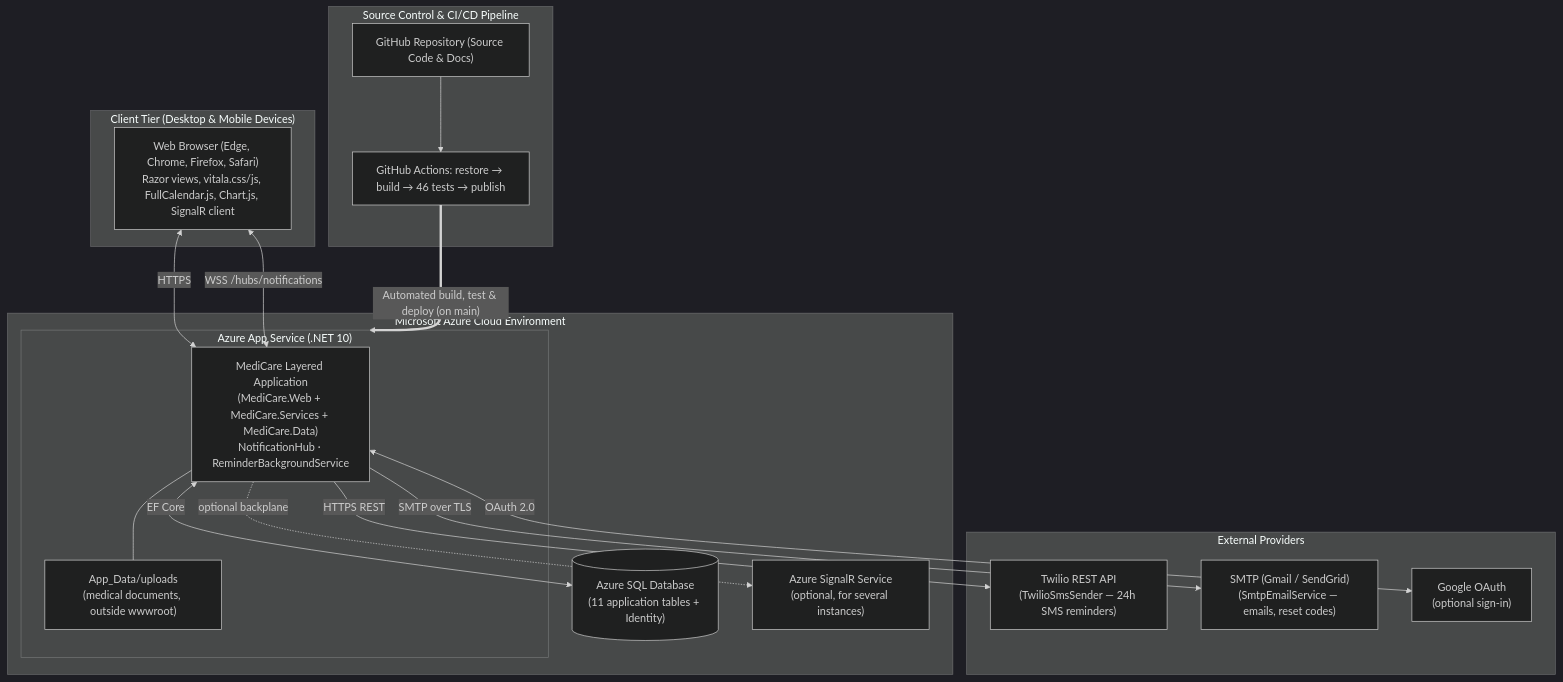
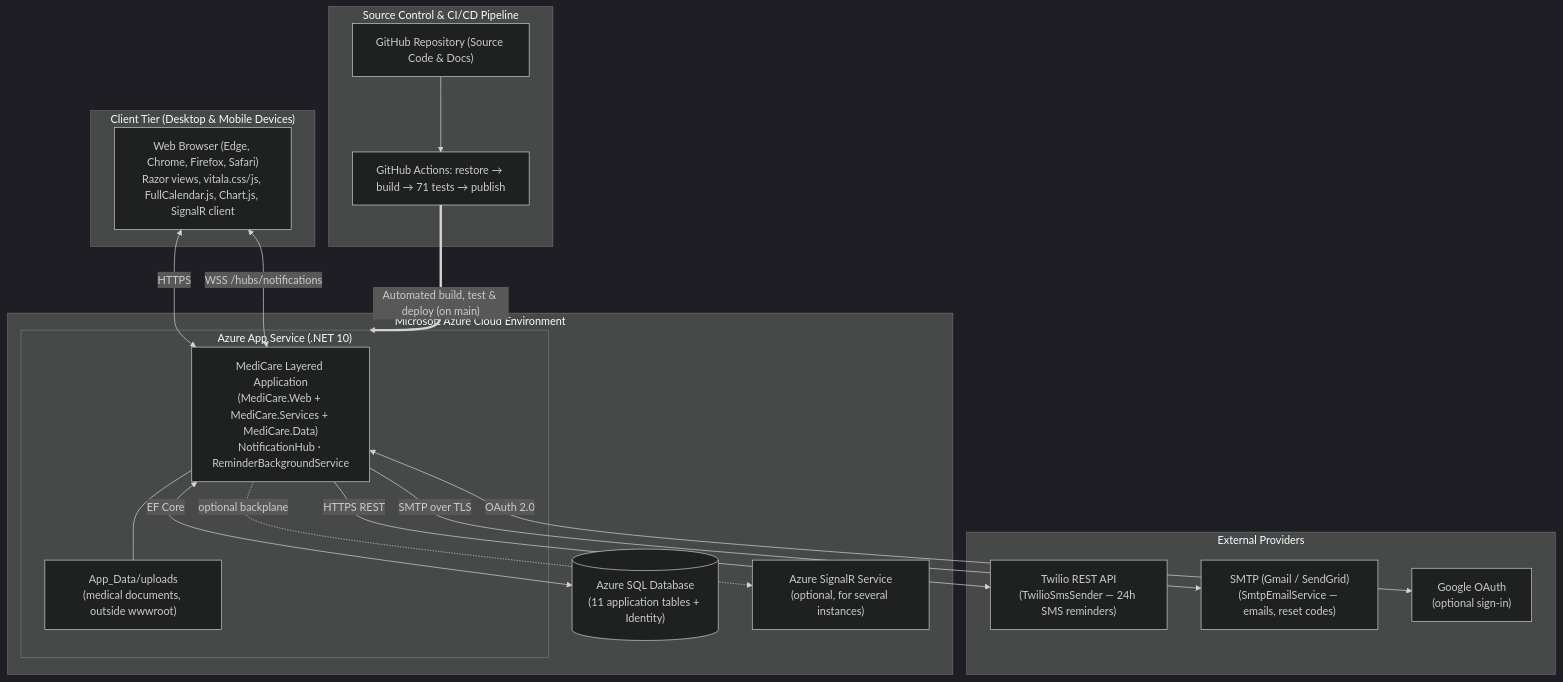
One commit to 3mrNasser/Medi-Care-Clinic-Management-Project-R5 changed the first of 2 diagrams in mdFiles/4.5 System Deployment and Integration.md. Above: the diagram before and after it, drawn with Mermaid (dark theme). The commit also changed other lines of this file and 60 other files, not shown here.

````diff
--- a/mdFiles/4.5 System Deployment and Integration.md
+++ b/mdFiles/4.5 System Deployment and Integration.md
@@ -33,37 +33,37 @@
 ```mermaid
 flowchart TB
     subgraph Client_Device ["Client Tier (Desktop & Mobile Devices)"]
         Browser["Web Browser (Edge, Chrome, Firefox, Safari)<br/>Razor views, vitala.css/js, FullCalendar.js, Chart.js, SignalR client"]
     end
 
     subgraph CI_CD ["Source Control & CI/CD Pipeline"]
         GitHub["GitHub Repository (Source Code & Docs)"]
-        Pipeline["GitHub Actions: restore → build → 46 tests → publish"]
+        Pipeline["GitHub Actions: restore → build → 71 tests → publish"]
         GitHub --> Pipeline
     end
 
     subgraph Azure_Cloud ["Microsoft Azure Cloud Environment"]
         subgraph App_Service ["Azure App Service (.NET 10)"]
             WebApp["MediCare Layered Application<br/>(MediCare.Web + MediCare.Services + MediCare.Data)<br/>NotificationHub · ReminderBackgroundService"]
             Files["App_Data/uploads<br/>(medical documents, outside wwwroot)"]
         end
         AzureSQL[("Azure SQL Database<br/>(11 application tables + Identity)")]
         AzureSignalR["Azure SignalR Service<br/>(optional, for several instances)"]
     end
 
     subgraph External_Services ["External Providers"]
         TwilioAPI["Twilio REST API<br/>(TwilioSmsSender — 24h SMS reminders)"]
         SMTP["SMTP (Gmail / SendGrid)<br/>(SmtpEmailService — emails, reset codes)"]
         GoogleAuth["Google OAuth<br/>(optional sign-in)"]
     end
 
     Browser <-->|"HTTPS"| WebApp
     Browser <-->|"WSS /hubs/notifications"| WebApp
     Pipeline ==>|"Automated build, test & deploy (on main)"| App_Service
     WebApp <-->|"EF Core"| AzureSQL
     WebApp --- Files
     WebApp -.->|"optional backplane"| AzureSignalR
     WebApp -->|"HTTPS REST"| TwilioAPI
     WebApp -->|"SMTP over TLS"| SMTP
     WebApp <-->|"OAuth 2.0"| GoogleAuth
 ```
````
